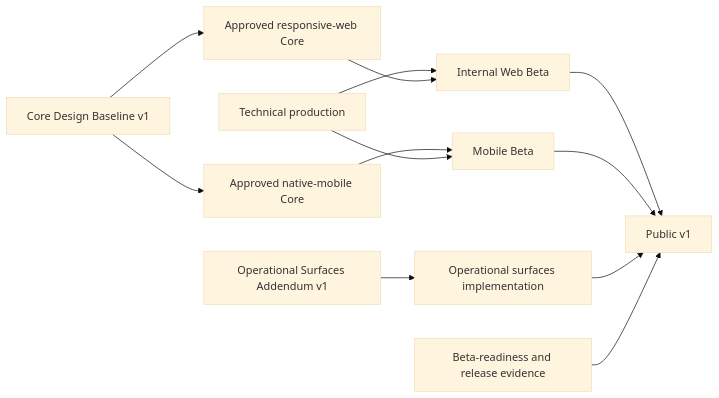
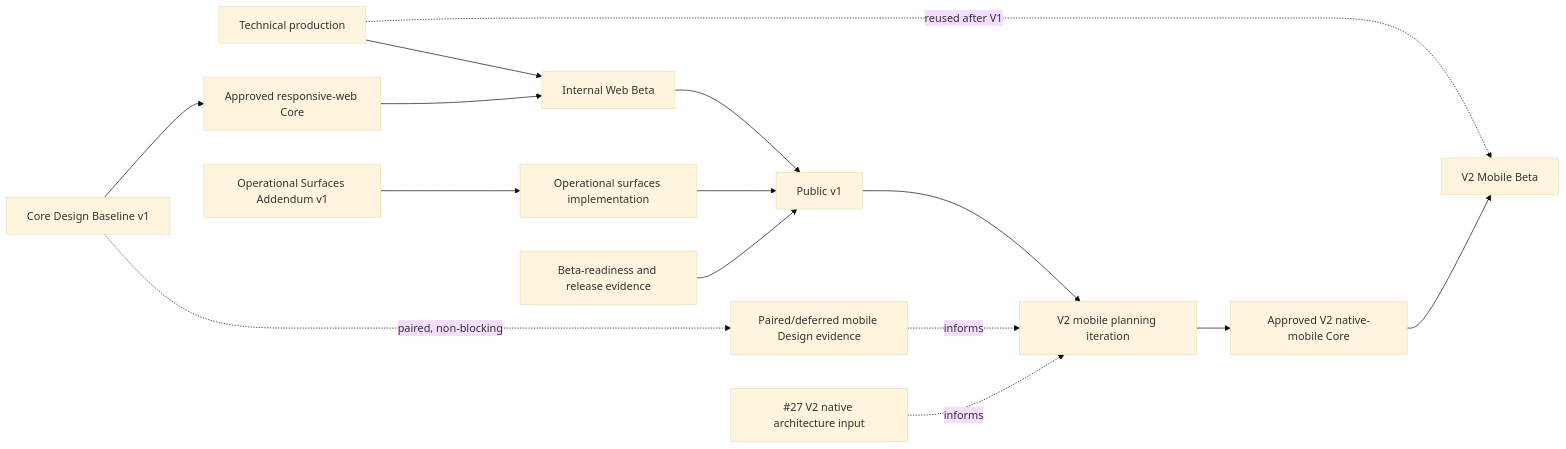
Before and after one commit to starkovalera/recipe-manager: the first of 3 diagrams in docs/roadmap.md, drawn with Mermaid (base theme). The commit also changed other lines of this file and 18 other files, not shown here.

Commit message:
docs: align release planning around v1 web and v2 mobile (#61)

````diff
--- a/docs/roadmap.md
+++ b/docs/roadmap.md
@@ -41,17 +57,20 @@
 ```mermaid
 flowchart LR
   designCore["Core Design Baseline v1"] --> webCore["Approved responsive-web Core"]
-  designCore --> mobileCore["Approved native-mobile Core"]
+  designCore -. paired, non-blocking .-> mobileDesign["Paired/deferred mobile Design evidence"]
   designOps["Operational Surfaces Addendum v1"] --> opsClients["Operational surfaces implementation"]
 
   techProd["Technical production"] --> webBeta["Internal Web Beta"]
   webCore --> webBeta
 
-  mobileCore --> mobileBeta["Mobile Beta"]
-  techProd --> mobileBeta
-
   webBeta --> publicV1["Public v1"]
-  mobileBeta --> publicV1
   opsClients --> publicV1
   beta["Beta-readiness and release evidence"] --> publicV1
+
+  publicV1 --> v2Planning["V2 mobile planning iteration"]
+  mobileDesign -. informs .-> v2Planning
+  mobileResearch["#27 V2 native architecture input"] -. informs .-> v2Planning
+  v2Planning --> mobileCore["Approved V2 native-mobile Core"]
+  techProd -. reused after V1 .-> mobileBeta["V2 Mobile Beta"]
+  mobileCore --> mobileBeta
 ```
````
